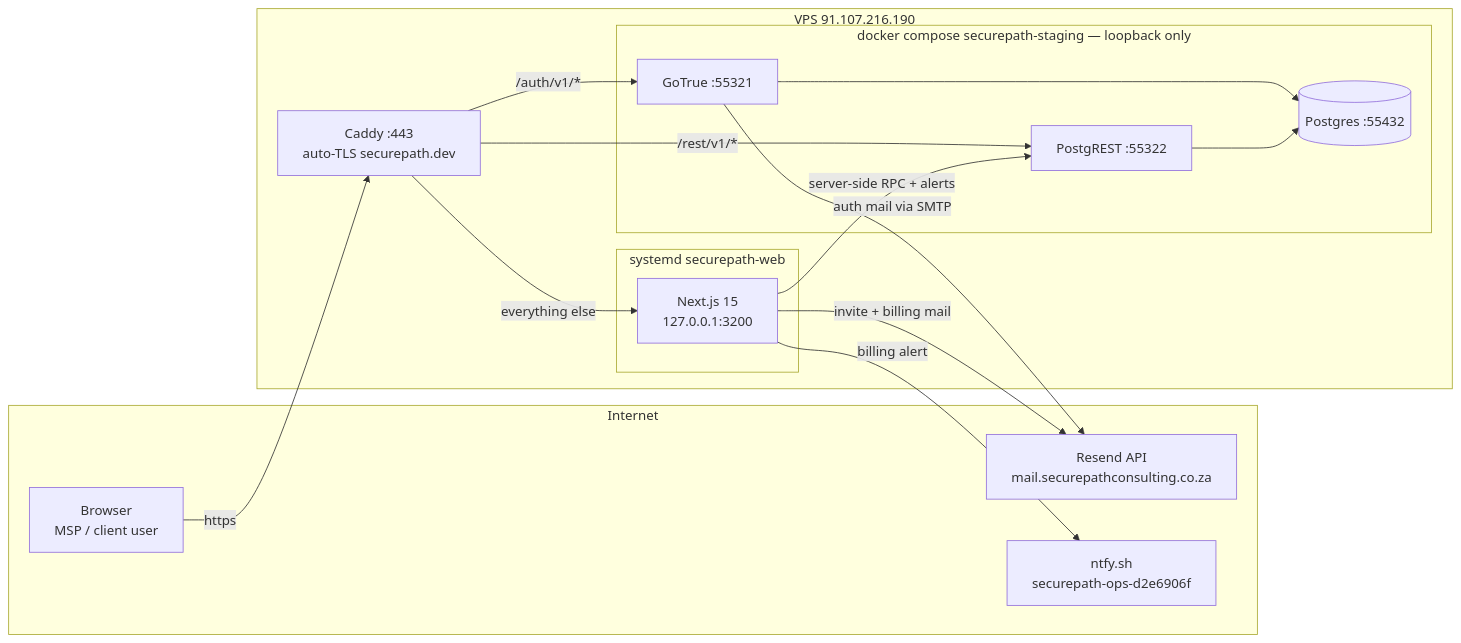
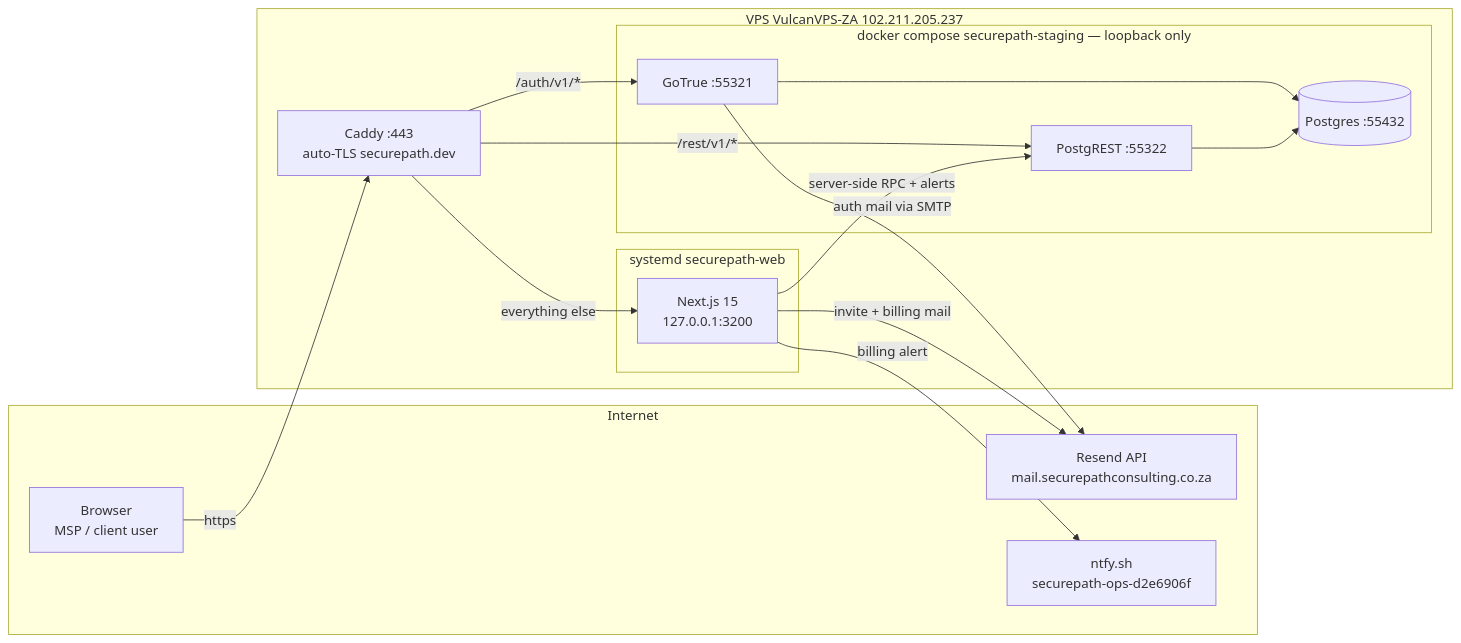
The first of 10 diagrams in CLAUDE.md (vulcanhelix/securepath-privacy), drawn with Mermaid before and after one commit.

Commit message:
docs: staging VPS is VulcanVPS-ZA 102.211.205.237 (IP was stale)

````diff
--- a/CLAUDE.md
+++ b/CLAUDE.md
@@ -25,29 +25,29 @@
 ```mermaid
 flowchart LR
     subgraph Internet
         U[Browser<br/>MSP / client user]
         R[Resend API<br/>mail.securepathconsulting.co.za]
         N[ntfy.sh<br/>securepath-ops-d2e6906f]
     end
-    subgraph VPS [VPS 91.107.216.190]
+    subgraph VPS [VPS VulcanVPS-ZA 102.211.205.237]
         C[Caddy :443<br/>auto-TLS securepath.dev]
         subgraph next [systemd securepath-web]
             W[Next.js 15<br/>127.0.0.1:3200]
         end
         subgraph compose [docker compose securepath-staging — loopback only]
             G[GoTrue :55321]
             P[PostgREST :55322]
             D[("Postgres :55432")]
         end
     end
     U -->|https| C
     C -->|"/auth/v1/*"| G
     C -->|"/rest/v1/*"| P
     C -->|everything else| W
     W -->|server-side RPC + alerts| P
     G --> D
     P --> D
     W -->|invite + billing mail| R
     G -->|auth mail via SMTP| R
     W -->|billing alert| N
 ```
````
